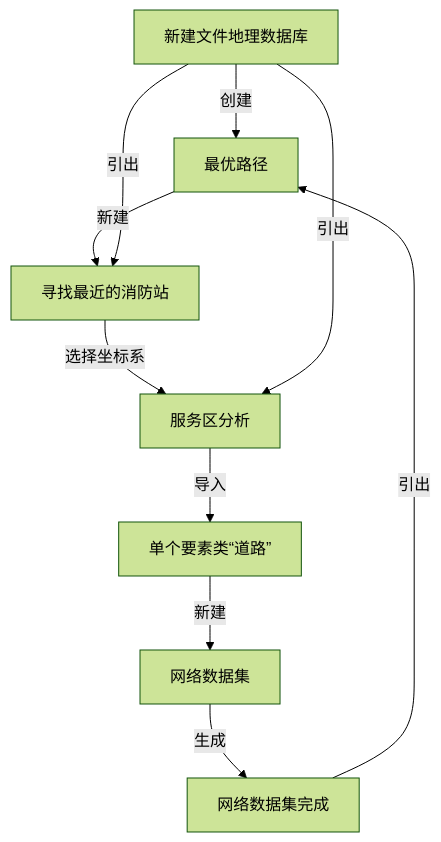
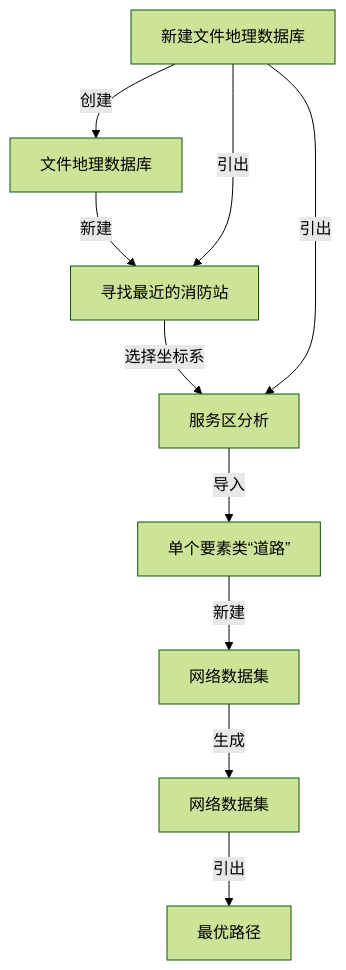
One commit to newguser/iodraw-files changed the diagram in all/未命名.md. Above: the diagram before and after it, drawn with Mermaid (forest theme).

Commit message:
2025-02-27 21:14:21 update

````diff
--- a/all/未命名.md
+++ b/all/未命名.md
@@ -1,12 +1,12 @@
 ```mermaid
 graph TD
     A[新建文件地理数据库] -->|创建| B[文件地理数据库]
     B -->|新建| C[要素数据集]
     C -->|选择坐标系| D[与道路相同的坐标系]
     D -->|导入| E[单个要素类“道路”]
     E -->|新建| F[网络数据集]
     F -->|生成| G[网络数据集]
-    G[网络数据集完成] -->|引出| B[最优路径]
+    G[网络数据集] -->|引出| H[最优路径]
     A -->|引出| C[寻找最近的消防站]
     A -->|引出| D[服务区分析]
 ```
````
